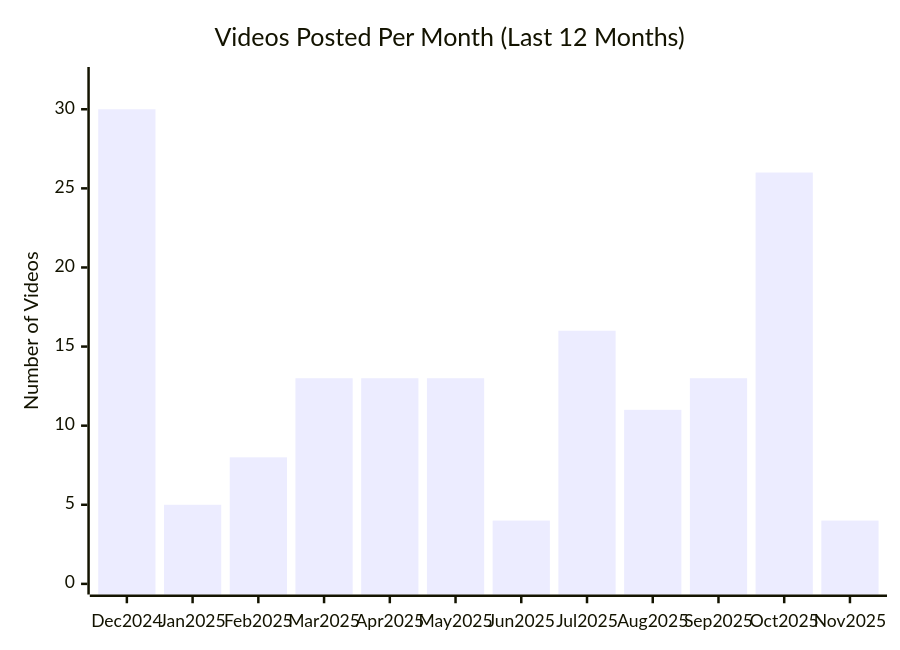
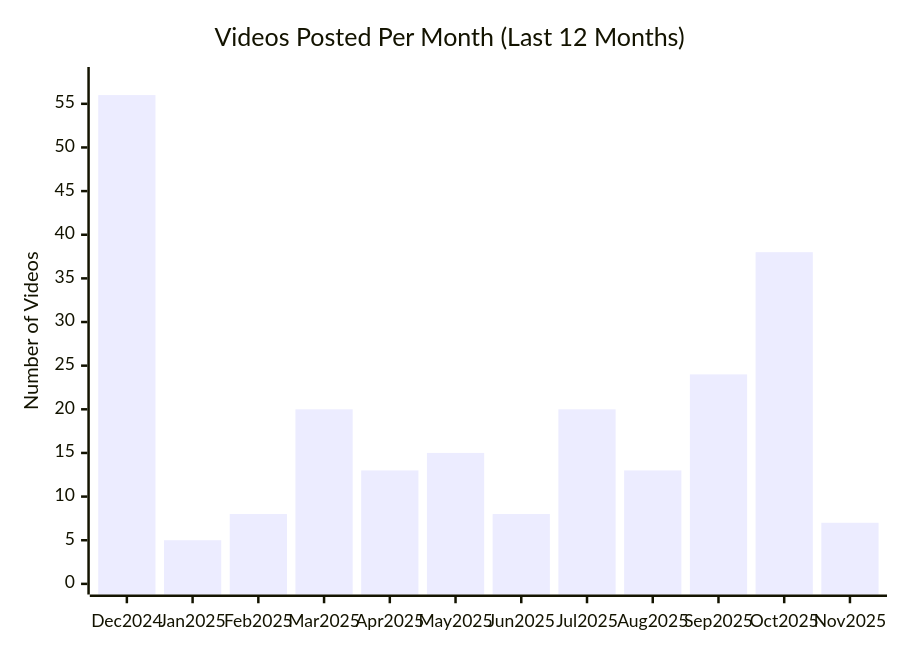
Before and after one commit to engineerliz/ai-coding-research: the diagram in ai-companies/openai/youtube.md, drawn with Mermaid. The commit also changed other lines of this file, not shown here.

````diff
--- a/ai-companies/openai/youtube.md
+++ b/ai-companies/openai/youtube.md
@@ -15,7 +15,7 @@
 ```mermaid
 xychart-beta
     title "Videos Posted Per Month (Last 12 Months)"
     x-axis [Dec 2024, Jan 2025, Feb 2025, Mar 2025, Apr 2025, May 2025, Jun 2025, Jul 2025, Aug 2025, Sep 2025, Oct 2025, Nov 2025]
-    y-axis "Number of Videos" 0 --> 32
-    bar [30, 5, 8, 13, 13, 13, 4, 16, 11, 13, 26, 4]
+    y-axis "Number of Videos" 0 --> 58
+    bar [56, 5, 8, 20, 13, 15, 8, 20, 13, 24, 38, 7]
 ```
````
